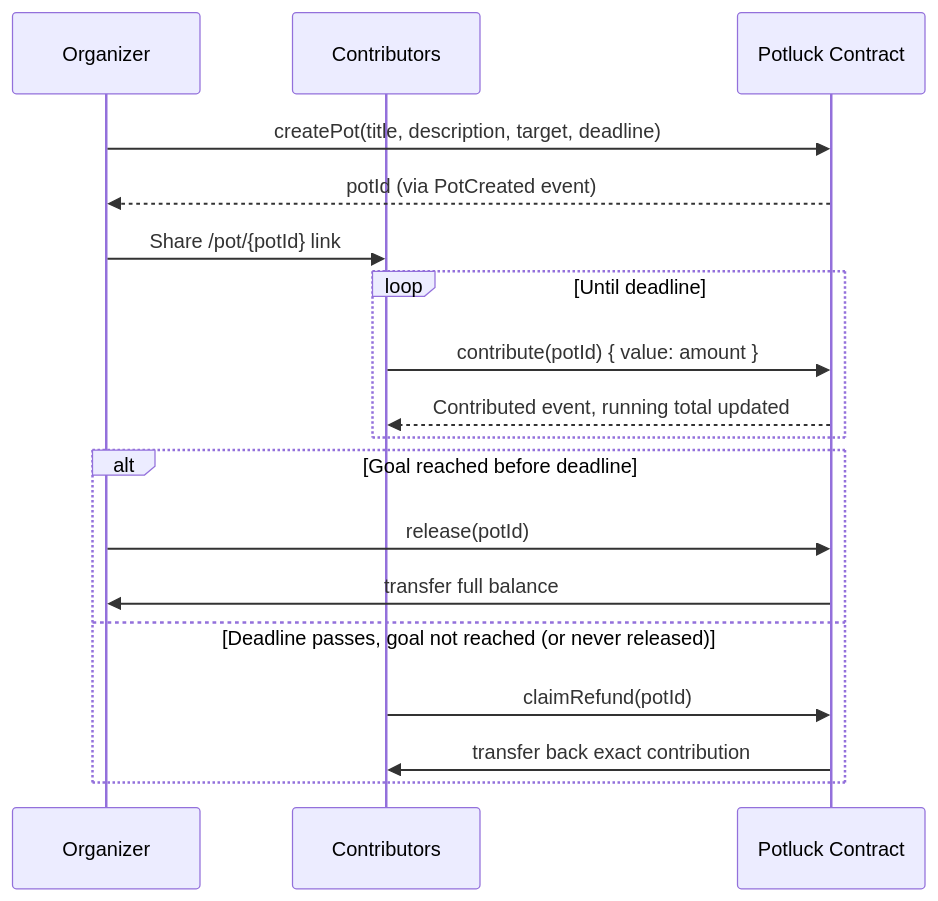
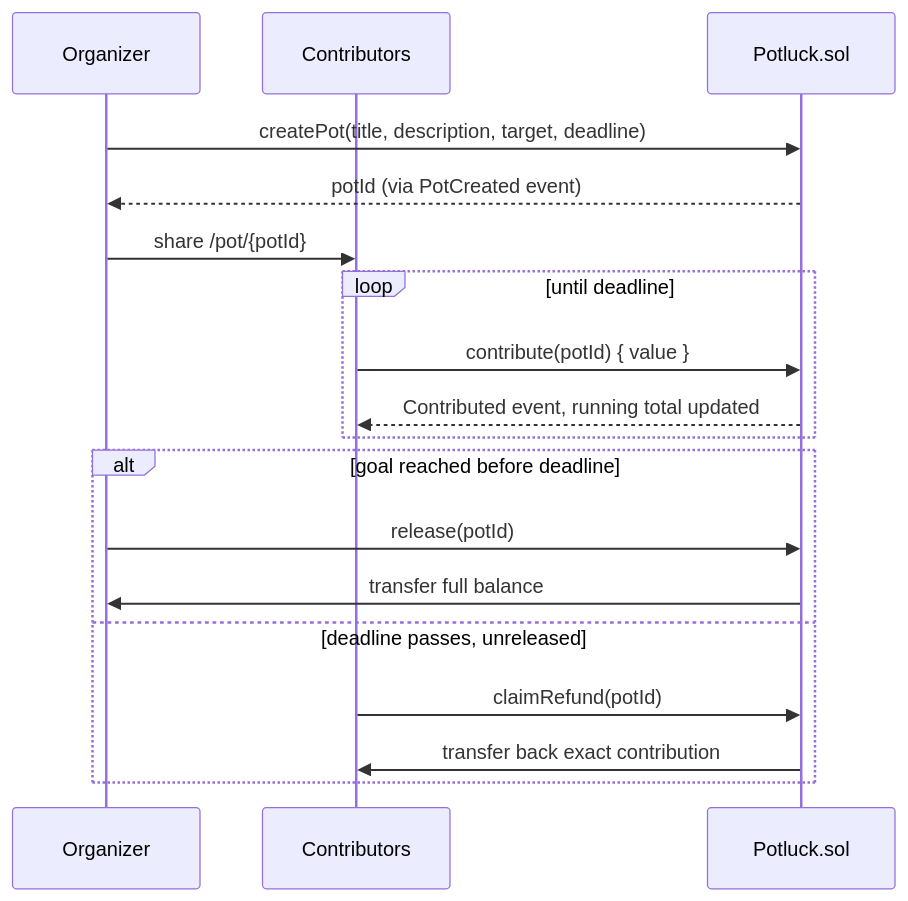
The first of 3 diagrams in README.md (Guna-Asher/Potluck), drawn with Mermaid before and after one commit. The commit also changed other lines of this file, not shown here.

````diff
--- a/README.md
+++ b/README.md
@@ -73,23 +85,23 @@
 ```mermaid
 sequenceDiagram
     participant O as Organizer
     participant C as Contributors
-    participant P as Potluck Contract
+    participant P as Potluck.sol
 
     O->>P: createPot(title, description, target, deadline)
     P-->>O: potId (via PotCreated event)
-    O->>C: Share /pot/{potId} link
+    O->>C: share /pot/{potId}
 
-    loop Until deadline
-        C->>P: contribute(potId) { value: amount }
+    loop until deadline
+        C->>P: contribute(potId) { value }
         P-->>C: Contributed event, running total updated
     end
 
-    alt Goal reached before deadline
+    alt goal reached before deadline
         O->>P: release(potId)
         P->>O: transfer full balance
-    else Deadline passes, goal not reached (or never released)
+    else deadline passes, unreleased
         C->>P: claimRefund(potId)
         P->>C: transfer back exact contribution
     end
 ```
````
